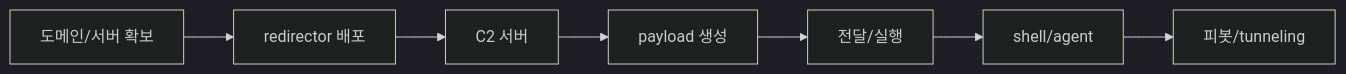
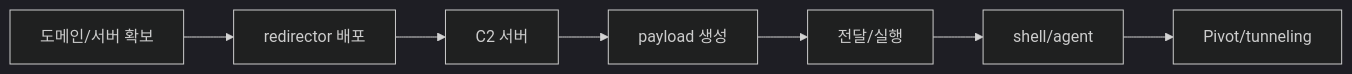
One commit to STEALIEN-RED/docs-redteam-cheatsheet changed the diagram in docs/infra/index.md. Above: the diagram before and after it, drawn with Mermaid (dark theme). The commit also changed other lines of this file and 31 other files, not shown here.

````diff
--- a/docs/infra/index.md
+++ b/docs/infra/index.md
@@ -20,9 +20,9 @@
 ```mermaid
 graph LR
     A[도메인/서버 확보] --> B[redirector 배포]
     B --> C[C2 서버]
     C --> D[payload 생성]
     D --> E[전달/실행]
     E --> F[shell/agent]
-    F --> G[피봇/tunneling]
+    F --> G[Pivot/tunneling]
 ```
````
